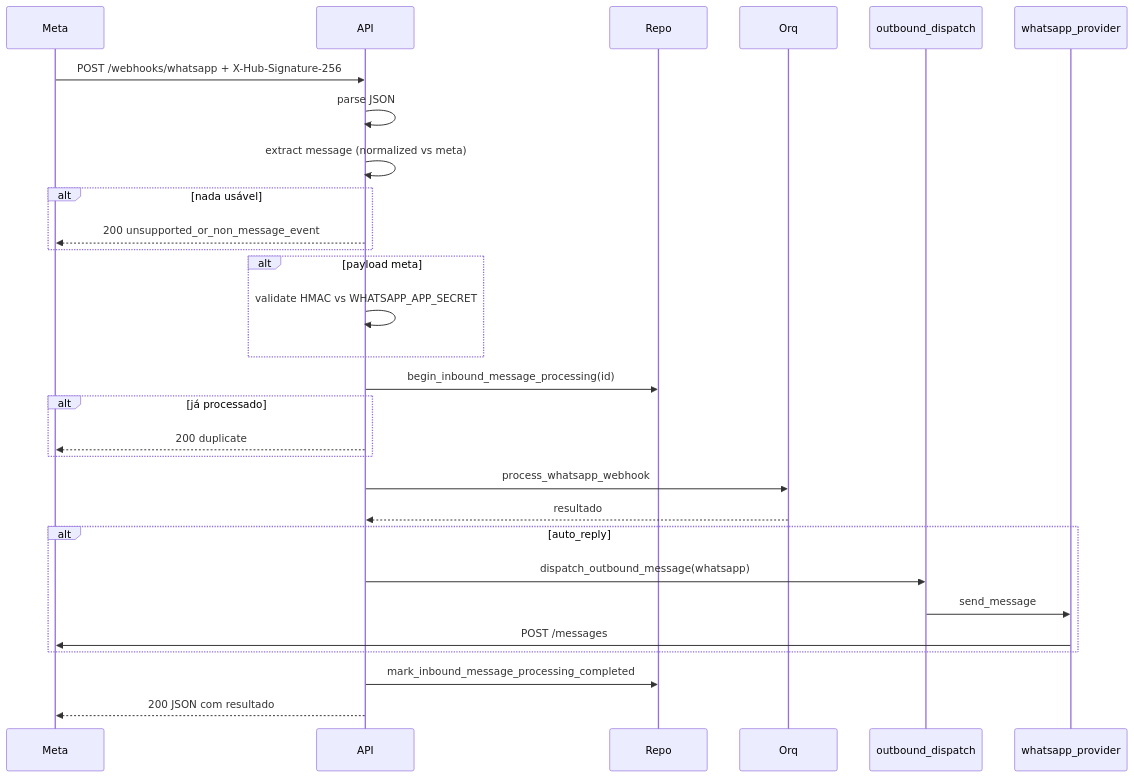
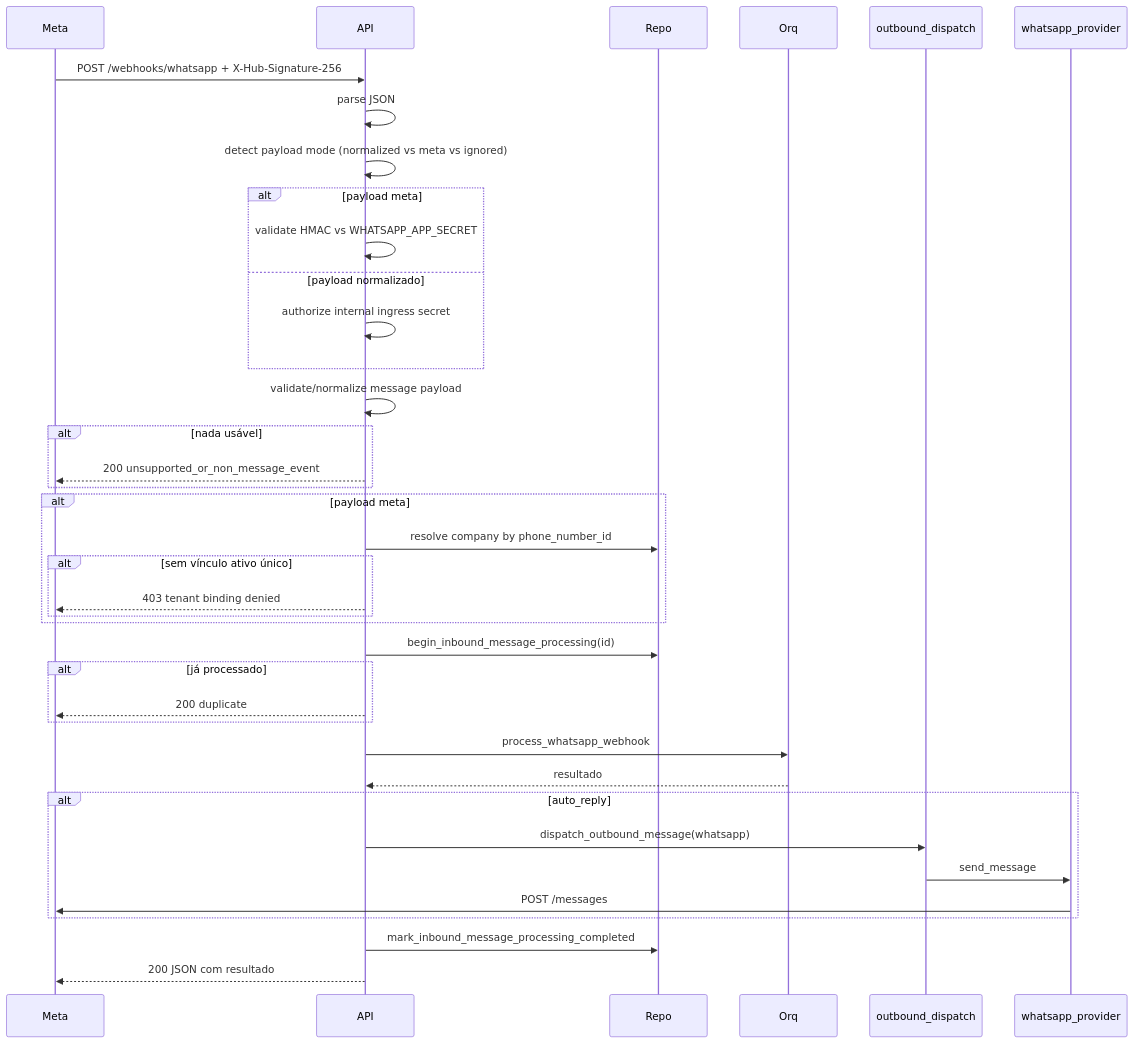
One commit to lucastcor/project_wapp changed the diagram in docs/obsidian-vault/30-API/03-Webhook WhatsApp.md. Above: the diagram before and after it, drawn with Mermaid. The commit also changed other lines of this file and 119 other files, not shown here.

````diff
--- a/docs/obsidian-vault/30-API/03-Webhook WhatsApp.md
+++ b/docs/obsidian-vault/30-API/03-Webhook WhatsApp.md
@@ -103,32 +202,41 @@
 ```mermaid
 sequenceDiagram
     participant Meta
     participant API
     participant Repo
     participant Orq
     participant Out as outbound_dispatch
     participant WPP as whatsapp_provider
 
     Meta->>API: POST /webhooks/whatsapp + X-Hub-Signature-256
     API->>API: parse JSON
-    API->>API: extract message (normalized vs meta)
+    API->>API: detect payload mode (normalized vs meta vs ignored)
+    alt payload meta
+        API->>API: validate HMAC vs WHATSAPP_APP_SECRET
+    else payload normalizado
+        API->>API: authorize internal ingress secret
+    end
+    API->>API: validate/normalize message payload
     alt nada usável
         API-->>Meta: 200 unsupported_or_non_message_event
     end
     alt payload meta
-        API->>API: validate HMAC vs WHATSAPP_APP_SECRET
+        API->>Repo: resolve company by phone_number_id
+        alt sem vínculo ativo único
+            API-->>Meta: 403 tenant binding denied
+        end
     end
     API->>Repo: begin_inbound_message_processing(id)
     alt já processado
         API-->>Meta: 200 duplicate
     end
     API->>Orq: process_whatsapp_webhook
     Orq-->>API: resultado
     alt auto_reply
         API->>Out: dispatch_outbound_message(whatsapp)
         Out->>WPP: send_message
         WPP->>Meta: POST /messages
     end
     API->>Repo: mark_inbound_message_processing_completed
     API-->>Meta: 200 JSON com resultado
 ```
````
